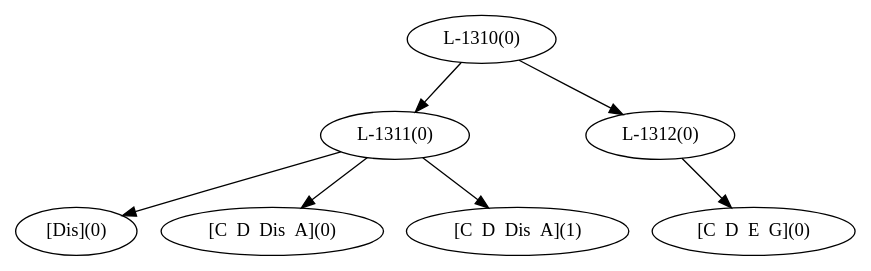
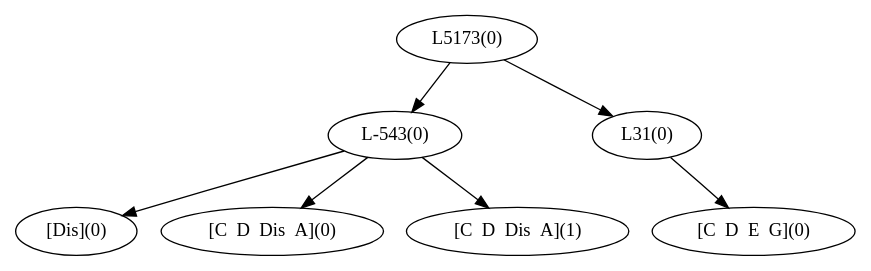
Before and after one commit to dousu/MAILM: the diagram in Result/dot/generation0_utter3.dot, drawn with Graphviz. The commit also changed 110 other files, not shown here.

```diff
--- a/Result/dot/generation0_utter3.dot
+++ b/Result/dot/generation0_utter3.dot
@@ -1,11 +1,11 @@
 digraph sample{
-"L-1311(0)"->"[Dis](0)"
-"L-1311(0)"->"[C  D  Dis  A](0)"
-"L-1311(0)"->"[C  D  Dis  A](1)"
-"L-1312(0)"->"[C  D  E  G](0)"
-"L-1310(0)"->"L-1311(0)"
-"L-1310(0)"->"L-1312(0)"
-{rank = min; "L-1310(0)"}
-{rank = same; "L-1311(0)"; "L-1312(0)";}
+"L-543(0)"->"[Dis](0)"
+"L-543(0)"->"[C  D  Dis  A](0)"
+"L-543(0)"->"[C  D  Dis  A](1)"
+"L31(0)"->"[C  D  E  G](0)"
+"L5173(0)"->"L-543(0)"
+"L5173(0)"->"L31(0)"
+{rank = min; "L5173(0)"}
+{rank = same; "L-543(0)"; "L31(0)";}
 {rank = max; "[C  D  Dis  A](0)"; "[C  D  Dis  A](1)"; "[C  D  E  G](0)"; "[Dis](0)";}
 }
```
